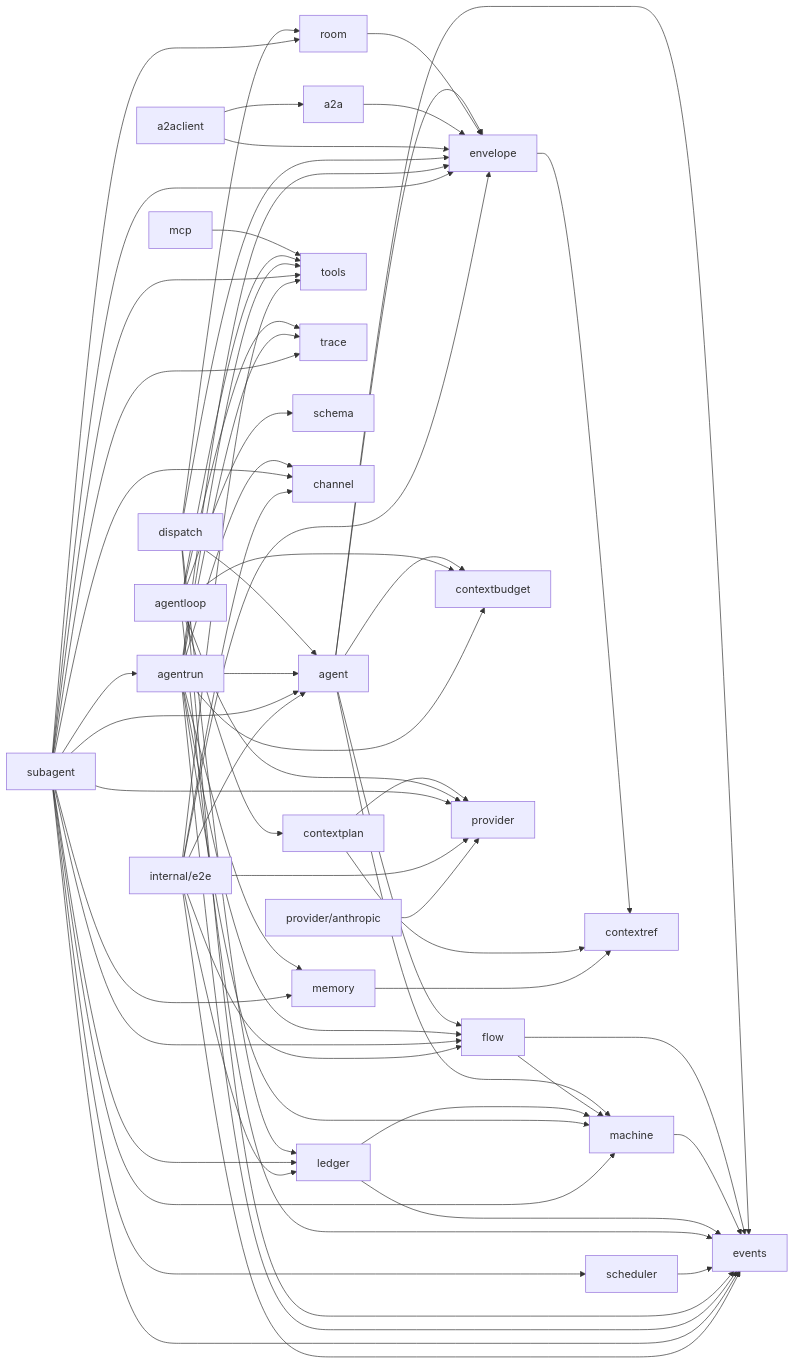
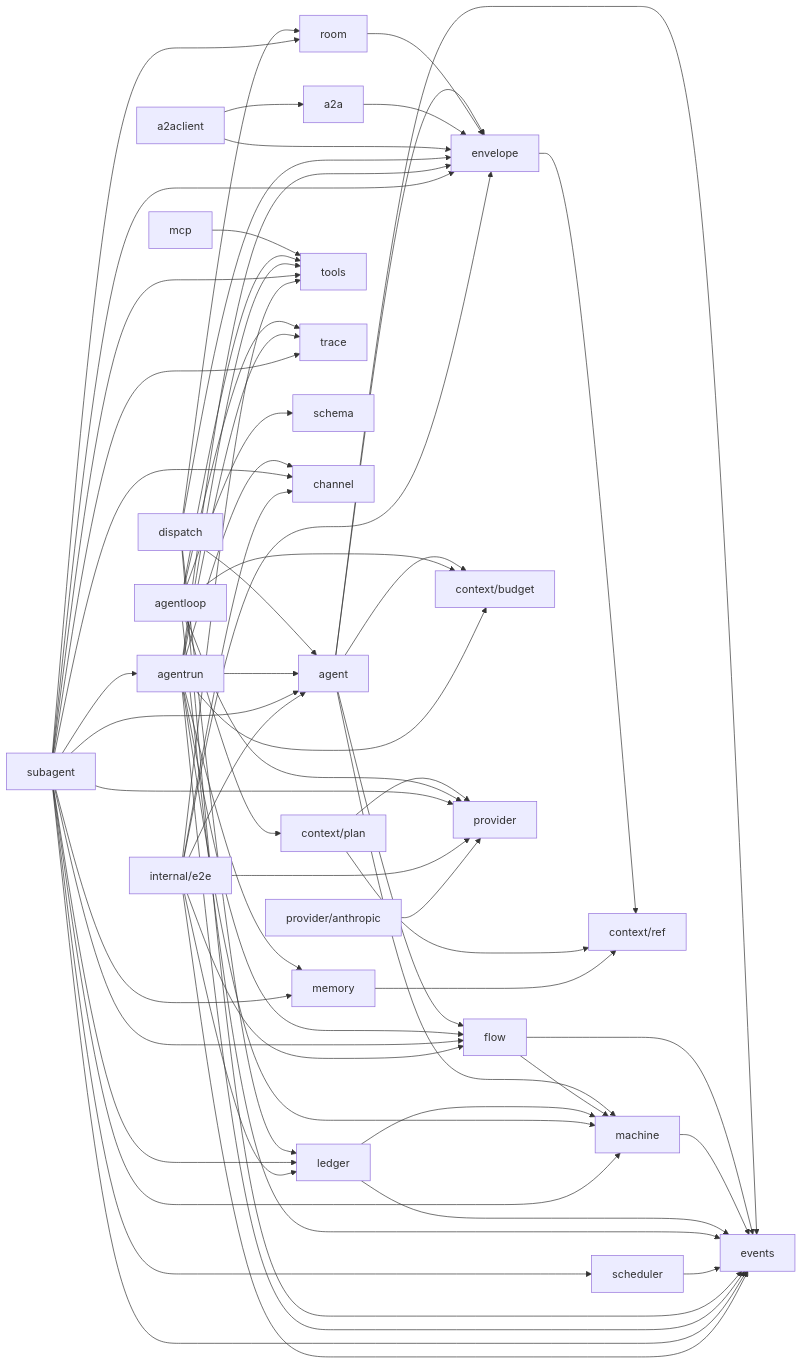
Before and after one commit to MiviaLabs/mivia-ai-sdk: the first of 2 diagrams in docs/architecture.md, drawn with Mermaid. The commit also changed other lines of this file and 152 other files, not shown here.

````diff
--- a/docs/architecture.md
+++ b/docs/architecture.md
@@ -36,75 +36,75 @@
 ```mermaid
 flowchart LR
     agent --> flow
     agent --> envelope
     agent --> events
     agent --> machine
-    agent --> contextbudget
-    envelope --> contextref
-    contextplan --> contextref
-    contextplan --> provider
+    agent --> context/budget
+    envelope --> context/ref
+    context/plan --> context/ref
+    context/plan --> provider
     flow --> events
     flow --> machine
     machine --> events
     ledger --> machine
     ledger --> events
-    memory --> contextref
+    memory --> context/ref
     room --> envelope
     a2a --> envelope
     a2aclient --> a2a
     a2aclient --> envelope
     mcp --> tools
     agentloop --> provider
     agentloop --> tools
     agentloop --> trace
     agentloop --> events
-    agentloop --> contextbudget
+    agentloop --> context/budget
     agentloop --> schema
-    agentloop --> contextplan
+    agentloop --> context/plan
     scheduler --> events
     dispatch --> agent
     dispatch --> envelope
     dispatch --> events
     dispatch --> ledger
     dispatch --> room
     agentrun --> agent
     agentrun --> channel
-    agentrun --> contextbudget
+    agentrun --> context/budget
     agentrun --> envelope
     agentrun --> events
     agentrun --> flow
     agentrun --> machine
     agentrun --> memory
     agentrun --> tools
     agentrun --> trace
     subagent --> agent
     subagent --> agentrun
     subagent --> channel
     subagent --> envelope
     subagent --> events
     subagent --> flow
     subagent --> ledger
     subagent --> machine
     subagent --> memory
     subagent --> provider
     subagent --> room
     subagent --> scheduler
     subagent --> tools
     subagent --> trace
     internal_e2e["internal/e2e"] --> agent
     internal_e2e["internal/e2e"] --> channel
     internal_e2e["internal/e2e"] --> envelope
     internal_e2e["internal/e2e"] --> events
     internal_e2e["internal/e2e"] --> flow
     internal_e2e["internal/e2e"] --> ledger
     internal_e2e["internal/e2e"] --> provider
     internal_e2e["internal/e2e"] --> tools
     anthropic["provider/anthropic"] --> provider
-    contextbudget[contextbudget]
+    context/budget[context/budget]
     schema[schema]
     envelope[envelope]
     events[events]
     provider[provider]
     tools[tools]
-    contextref[contextref]
+    context/ref[context/ref]
 ```
````
